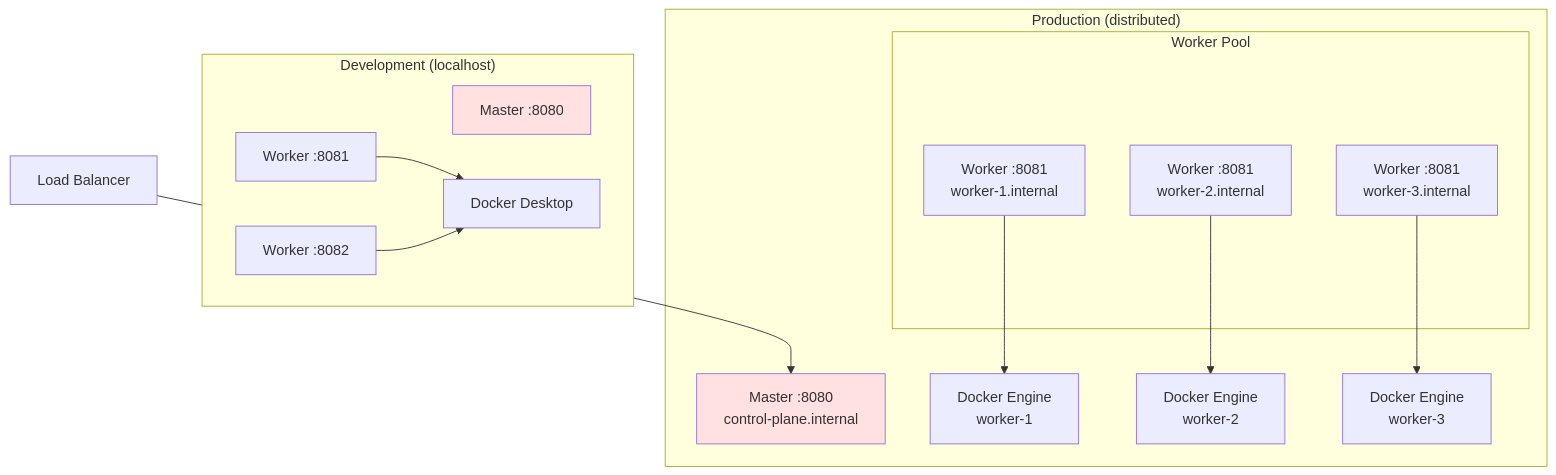
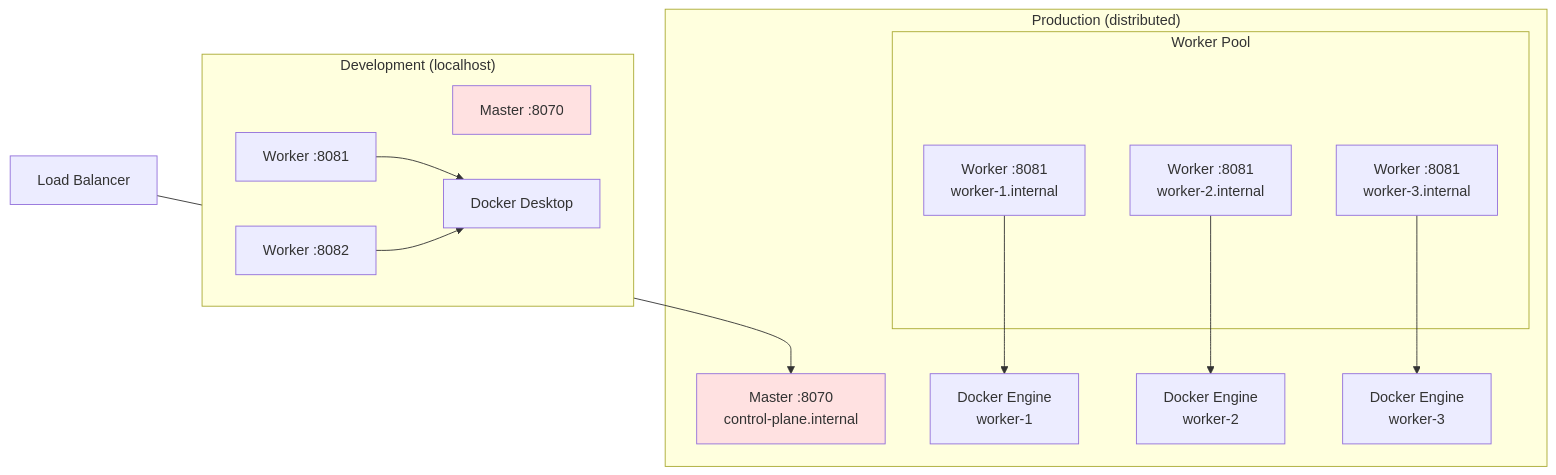
Before and after one commit to danpasecinic/podling: diagram 12 of 12 in docs/ARCHITECTURE.md, drawn with Mermaid. The commit also changed other lines of this file and 9 other files, not shown here.

````diff
--- a/docs/ARCHITECTURE.md
+++ b/docs/ARCHITECTURE.md
@@ -522,36 +522,36 @@
 ```mermaid
 graph TB
     subgraph "Development (localhost)"
-        DevMaster[Master :8080]
+        DevMaster[Master :8070]
         DevWorker1[Worker :8081]
         DevWorker2[Worker :8082]
         DevDocker[Docker Desktop]
         
         DevWorker1 --> DevDocker
         DevWorker2 --> DevDocker
     end
 
     subgraph "Production (distributed)"
-        ProdMaster[Master :8080<br/>control-plane.internal]
+        ProdMaster[Master :8070<br/>control-plane.internal]
         
         subgraph "Worker Pool"
             ProdW1[Worker :8081<br/>worker-1.internal]
             ProdW2[Worker :8081<br/>worker-2.internal]
             ProdW3[Worker :8081<br/>worker-3.internal]
         end
         
         ProdD1[Docker Engine<br/>worker-1]
         ProdD2[Docker Engine<br/>worker-2]
         ProdD3[Docker Engine<br/>worker-3]
         
         ProdW1 --> ProdD1
         ProdW2 --> ProdD2
         ProdW3 --> ProdD3
     end
 
     LB[Load Balancer]
     LB --> ProdMaster
     
     style DevMaster fill:#ffe1e1
     style ProdMaster fill:#ffe1e1
 ```
````
